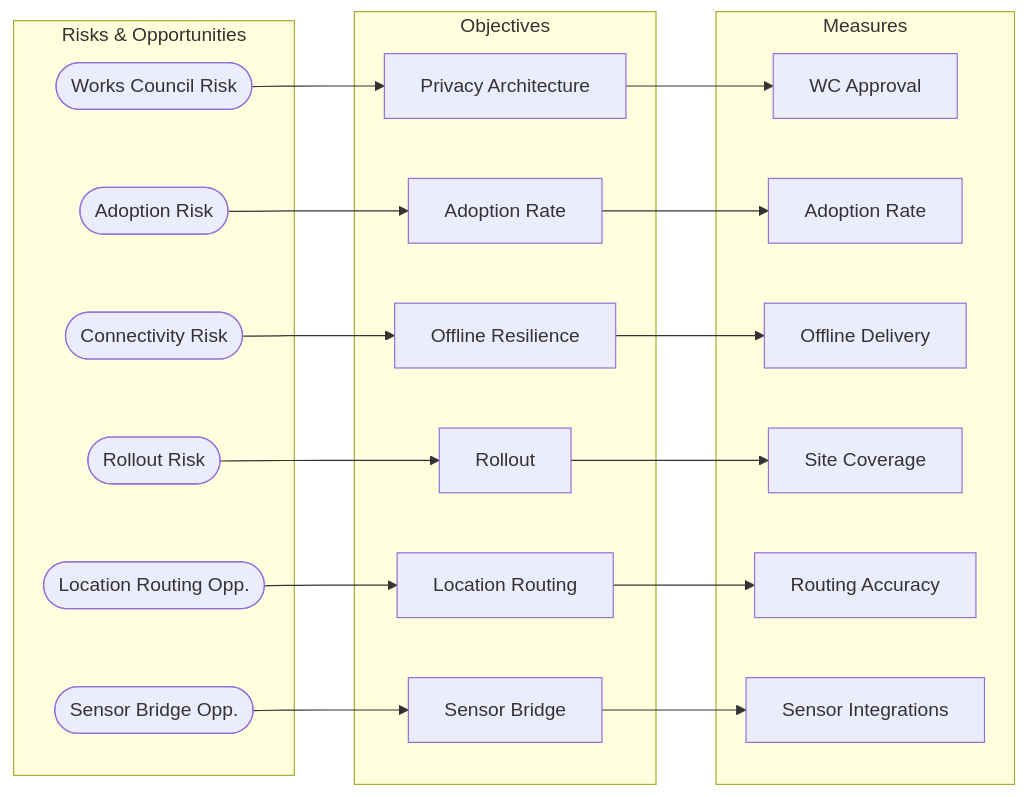
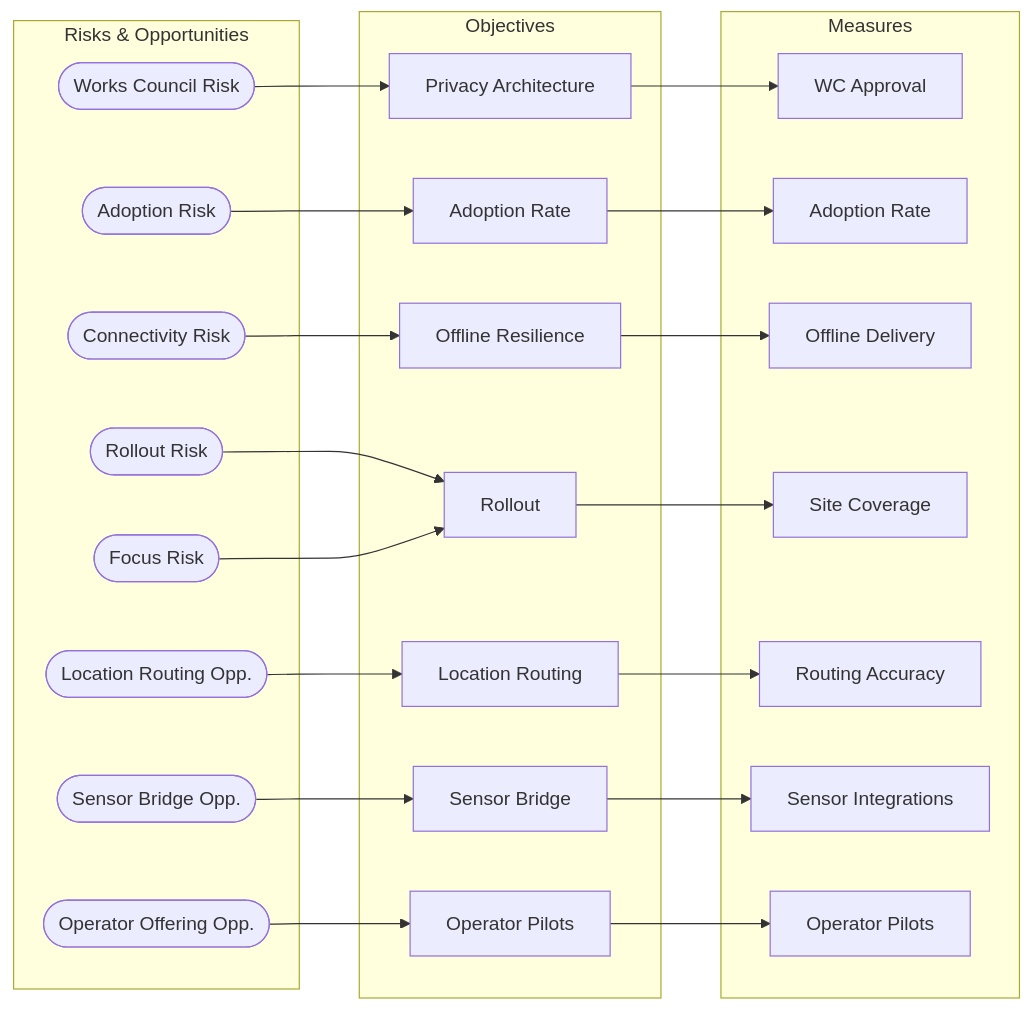
The diagram in examples/acme-emergency/docs/biz42/06-objectives.biz42.md (mrsimpson/biz42), drawn with Mermaid before and after one commit. The commit also changed other lines of this file and 2 other files, not shown here.

First line of the commit message:
objective: win three operator pilots

````diff
--- a/examples/acme-emergency/docs/biz42/06-objectives.biz42.md
+++ b/examples/acme-emergency/docs/biz42/06-objectives.biz42.md
@@ -15,41 +15,48 @@
 ```mermaid
 flowchart LR
     subgraph risks["Risks & Opportunities"]
         risk-works-council(["Works Council Risk"])
         risk-adoption(["Adoption Risk"])
         risk-connectivity(["Connectivity Risk"])
         risk-rollout-timeline(["Rollout Risk"])
         opp-location-routing(["Location Routing Opp."])
         opp-sensor-bridge(["Sensor Bridge Opp."])
+        opp-operator-offering(["Operator Offering Opp."])
+        risk-focus-dilution(["Focus Risk"])
     end
     subgraph objectives["Objectives"]
         obj-privacy-architecture["Privacy Architecture"]
         obj-adoption-rate["Adoption Rate"]
         obj-offline-resilience["Offline Resilience"]
         obj-time-to-deployment["Rollout"]
         obj-location-routing["Location Routing"]
         obj-sensor-bridge["Sensor Bridge"]
+        obj-operator-pilots["Operator Pilots"]
     end
     subgraph measures["Measures"]
         measure-works-council-approval["WC Approval"]
         measure-adoption-rate["Adoption Rate"]
         measure-offline-delivery["Offline Delivery"]
         measure-site-coverage["Site Coverage"]
         measure-routing-accuracy["Routing Accuracy"]
         measure-sensor-integrations["Sensor Integrations"]
+        measure-operator-pilots["Operator Pilots"]
     end
 
     risk-works-council --> obj-privacy-architecture
     risk-adoption --> obj-adoption-rate
     risk-connectivity --> obj-offline-resilience
     risk-rollout-timeline --> obj-time-to-deployment
     opp-location-routing --> obj-location-routing
     opp-sensor-bridge --> obj-sensor-bridge
+    opp-operator-offering --> obj-operator-pilots
+    risk-focus-dilution --> obj-time-to-deployment
 
     obj-privacy-architecture --> measure-works-council-approval
     obj-adoption-rate --> measure-adoption-rate
     obj-offline-resilience --> measure-offline-delivery
     obj-time-to-deployment --> measure-site-coverage
     obj-location-routing --> measure-routing-accuracy
     obj-sensor-bridge --> measure-sensor-integrations
+    obj-operator-pilots --> measure-operator-pilots
 ```
````
